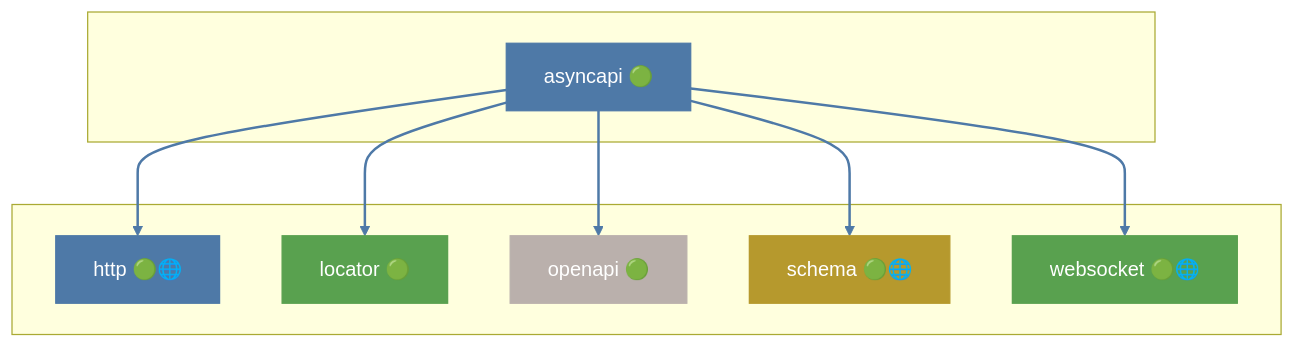
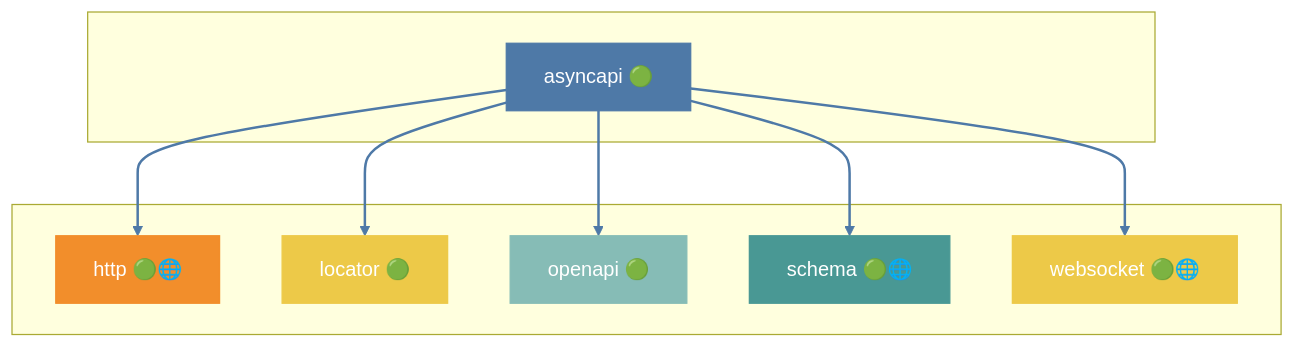
The second of 43 diagrams in docs/DEPENDENCIES.md (grest-ts/grest-ts), drawn with Mermaid before and after one commit. The commit also changed other lines of this file and 14 other files, not shown here.

````diff
--- a/docs/DEPENDENCIES.md
+++ b/docs/DEPENDENCIES.md
@@ -381,29 +391,29 @@
 ```mermaid
 flowchart TB
     subgraph Package[" "]
         asyncapi["asyncapi 🟢"]
     end
     subgraph Dependencies[" "]
         http["http 🟢🌐"]
         locator["locator 🟢"]
         openapi["openapi 🟢"]
         schema["schema 🟢🌐"]
         websocket["websocket 🟢🌐"]
     end
     asyncapi --> http
     asyncapi --> locator
     asyncapi --> openapi
     asyncapi --> schema
     asyncapi --> websocket
     style asyncapi fill:#4E79A7,stroke:#4E79A7,color:#fff
-    style http fill:#4E79A7,stroke:#4E79A7,color:#fff
-    style locator fill:#59A14F,stroke:#59A14F,color:#fff
-    style openapi fill:#BAB0AC,stroke:#BAB0AC,color:#fff
-    style schema fill:#B6992D,stroke:#B6992D,color:#fff
-    style websocket fill:#59A14F,stroke:#59A14F,color:#fff
+    style http fill:#F28E2B,stroke:#F28E2B,color:#fff
+    style locator fill:#EDC948,stroke:#EDC948,color:#fff
+    style openapi fill:#86BCB6,stroke:#86BCB6,color:#fff
+    style schema fill:#499894,stroke:#499894,color:#fff
+    style websocket fill:#EDC948,stroke:#EDC948,color:#fff
     linkStyle 0 stroke:#4E79A7,stroke-width:2px
     linkStyle 1 stroke:#4E79A7,stroke-width:2px
     linkStyle 2 stroke:#4E79A7,stroke-width:2px
     linkStyle 3 stroke:#4E79A7,stroke-width:2px
     linkStyle 4 stroke:#4E79A7,stroke-width:2px
 ```
````
